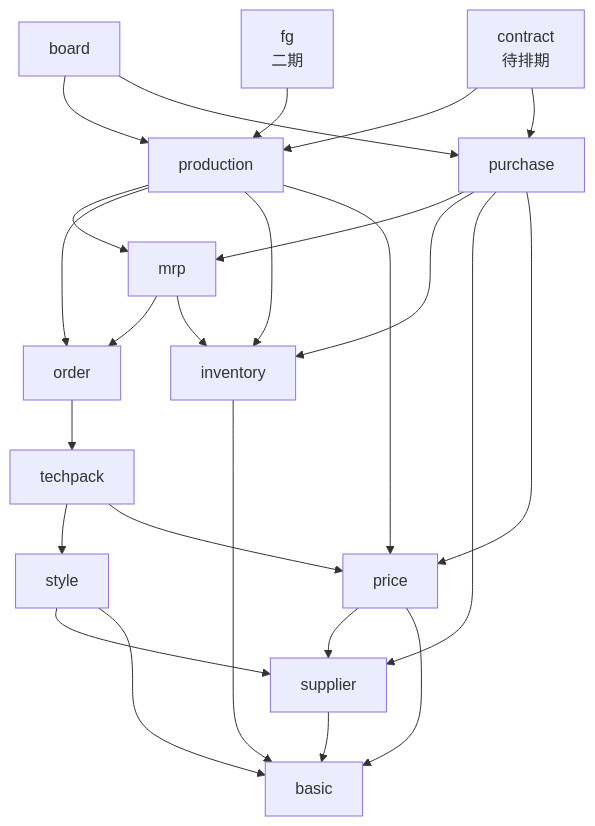
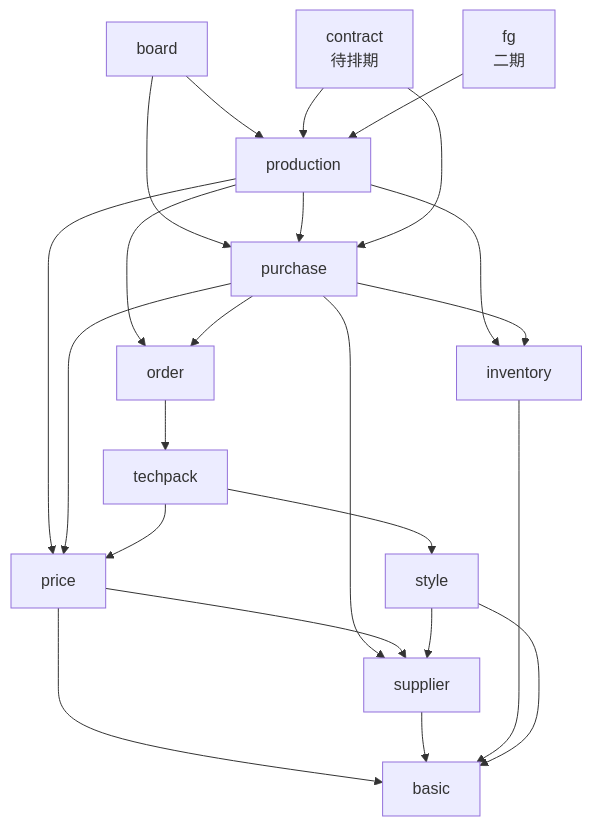
The second of 2 diagrams in docs/架构设计.md (xiaoliangao/lingmao), drawn with Mermaid before and after one commit. The commit also changed other lines of this file and 10 other files, not shown here.

````diff
--- a/docs/架构设计.md
+++ b/docs/架构设计.md
@@ -112,27 +113,25 @@
 ```mermaid
 flowchart TB
   bd[board] --> prd[production]
   bd --> pur[purchase]
+  prd --> pur
   ctr[contract<br/>待排期] --> prd
   fg[fg<br/>二期] --> prd
   ctr --> pur
-  prd --> mrp[mrp]
   prd --> ord[order]
   prd --> inv[inventory]
   prd --> prc[price]
-  pur --> mrp
   pur --> inv
   pur --> sup[supplier]
   pur --> prc
-  mrp --> ord
-  mrp --> inv
+  pur --> ord
   ord --> tp[techpack]
   tp --> sty[style]
   tp --> prc
   prc --> sup
   prc --> bas
   sty --> sup
   sup --> bas[basic]
   inv --> bas
   sty --> bas
 ```
````
